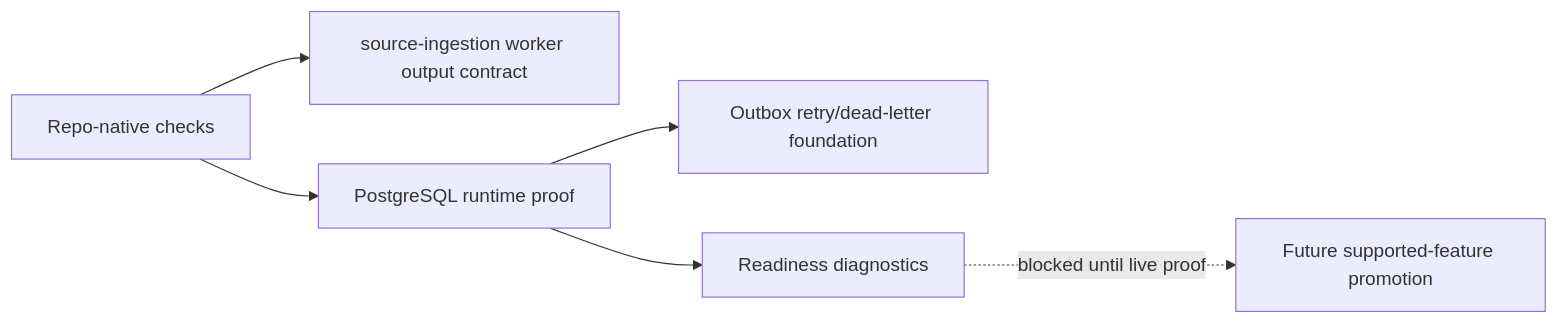
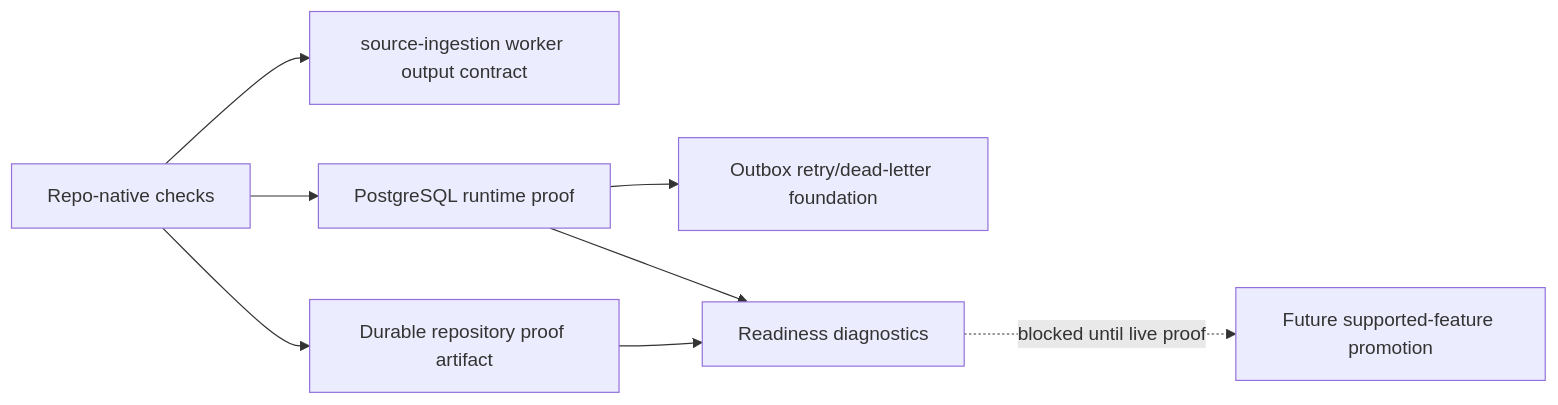
Before and after one commit to sgajbi/lotus-idea: the diagram in wiki/Operations-Runbook.md, drawn with Mermaid. The commit also changed other lines of this file and 13 other files, not shown here.

Commit message:
Document durable repository proof readiness posture

````diff
--- a/wiki/Operations-Runbook.md
+++ b/wiki/Operations-Runbook.md
@@ -171,15 +171,18 @@
 ```mermaid
 flowchart LR
     Checks["Repo-native checks"]
     SourceGate["source-ingestion worker output contract"]
     RuntimeProof["PostgreSQL runtime proof"]
+    DurableProof["Durable repository proof artifact"]
     Outbox["Outbox retry/dead-letter foundation"]
     Readiness["Readiness diagnostics"]
     Promotion["Future supported-feature promotion"]
 
     Checks --> SourceGate
     Checks --> RuntimeProof
+    Checks --> DurableProof
     RuntimeProof --> Outbox
     RuntimeProof --> Readiness
+    DurableProof --> Readiness
     Readiness -. "blocked until live proof" .-> Promotion
 ```
````
